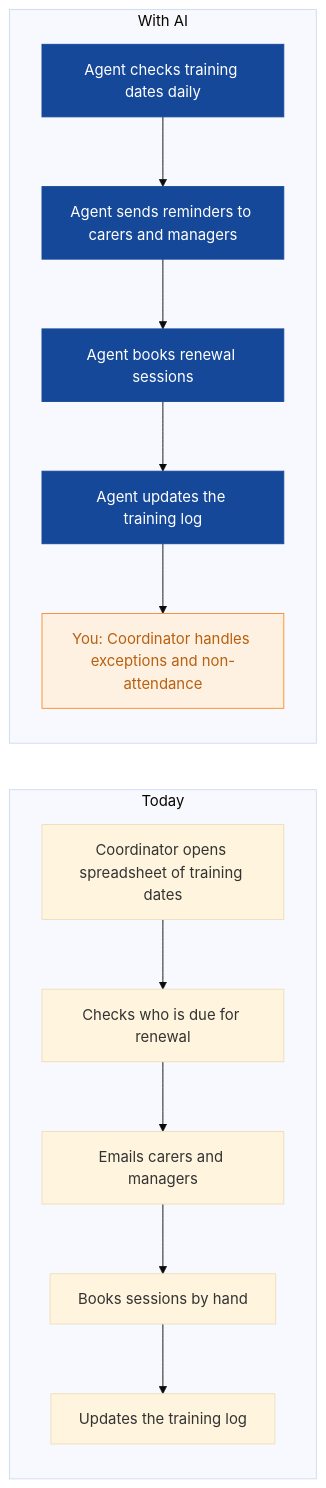
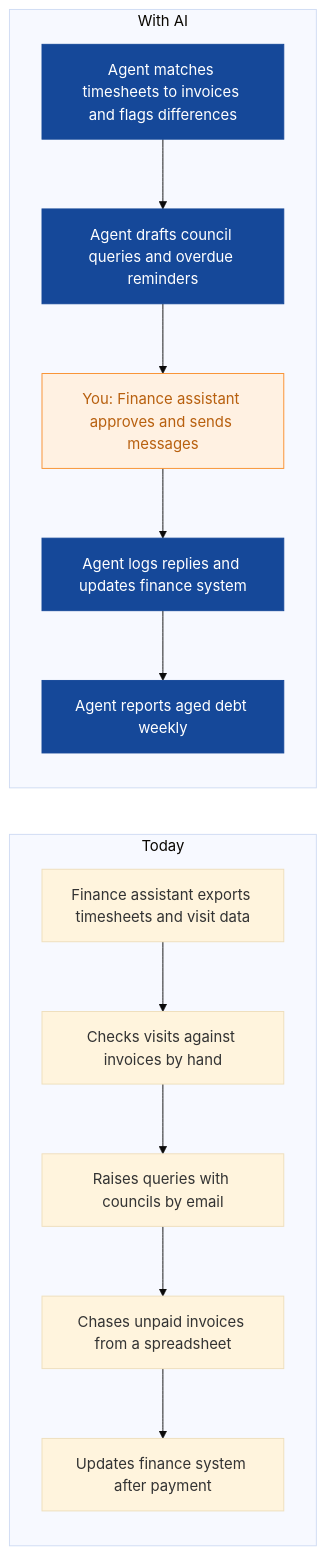
Before and after one commit to nexibeo/Complete-AI-Strategy: the sixth of 8 diagrams in strategies/evergreen-home-care.md, drawn with Mermaid (base theme). The commit also changed other lines of this file and 26 other files, not shown here.

````diff
--- a/strategies/evergreen-home-care.md
+++ b/strategies/evergreen-home-care.md
@@ -195,23 +198,23 @@
 ```mermaid
 flowchart LR
   subgraph Today
-    B0["Coordinator opens spreadsheet of training dates"]
-    B1["Checks who is due for renewal"]
-    B2["Emails carers and managers"]
-    B3["Books sessions by hand"]
-    B4["Updates the training log"]
+    B0["Finance assistant exports timesheets and visit data"]
+    B1["Checks visits against invoices by hand"]
+    B2["Raises queries with councils by email"]
+    B3["Chases unpaid invoices from a spreadsheet"]
+    B4["Updates finance system after payment"]
     B0 --> B1 --> B2 --> B3 --> B4
   end
   subgraph WithAI[With AI]
-    A0["Agent checks training dates daily"]
-    A1["Agent sends reminders to carers and managers"]
-    A2["Agent books renewal sessions"]
-    A3["Agent updates the training log"]
-    A4["You: Coordinator handles exceptions and non-attendance"]
+    A0["Agent matches timesheets to invoices and flags differences"]
+    A1["Agent drafts council queries and overdue reminders"]
+    A2["You: Finance assistant approves and sends messages"]
+    A3["Agent logs replies and updates finance system"]
+    A4["Agent reports aged debt weekly"]
     A0 --> A1 --> A2 --> A3 --> A4
   end
   classDef ai fill:#154899,color:#fff,stroke:#154899
   classDef human fill:#FFF1E2,color:#B8600F,stroke:#F98F2C
-  class A0,A1,A2,A3 ai
-  class A4 human
+  class A0,A1,A3,A4 ai
+  class A2 human
 ```
````
